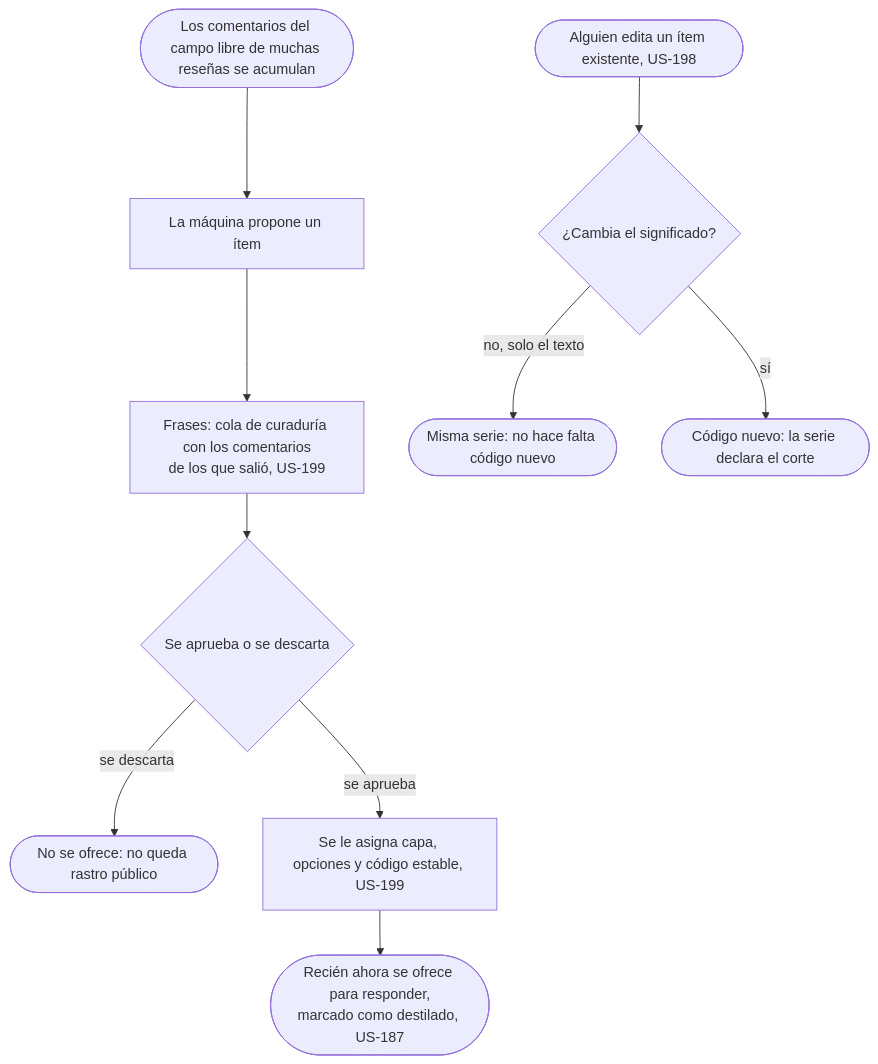
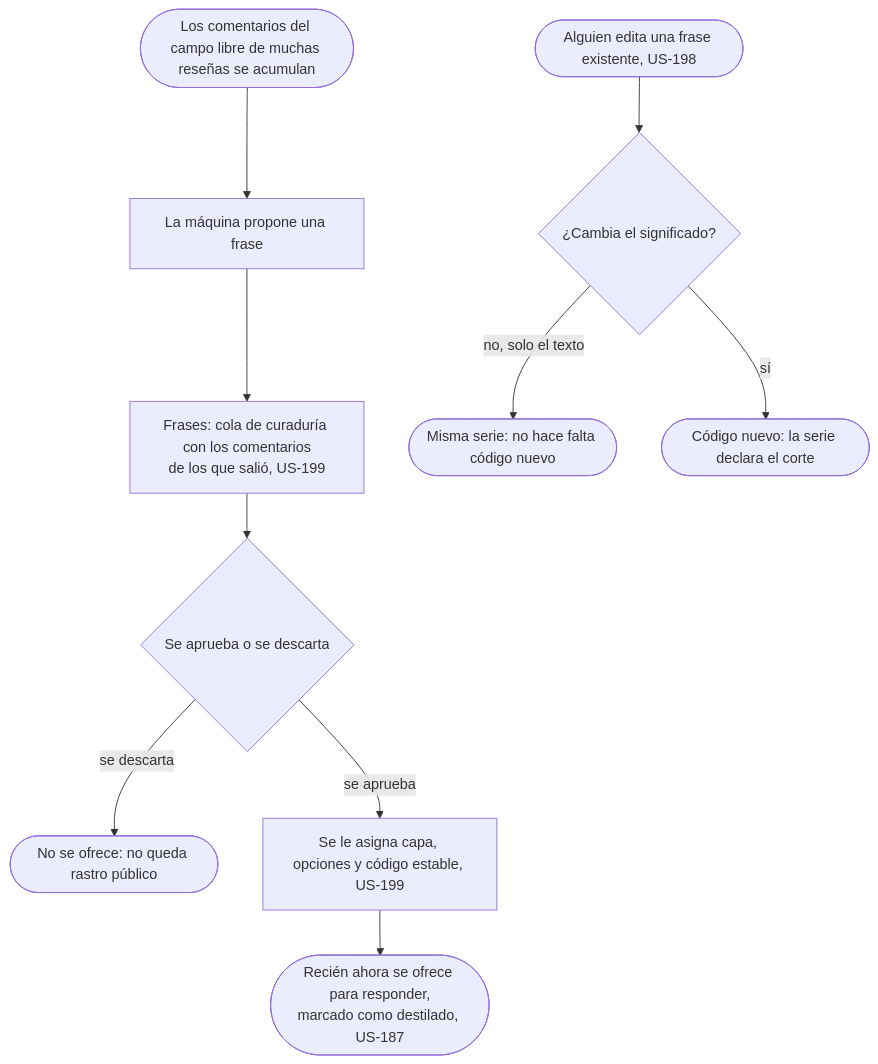
One commit to lucasidev/plan-b changed the third of 5 diagrams in docs/product/team/sustain-the-catalog/flow.md. Above: the diagram before and after it, drawn with Mermaid. The commit also changed other lines of this file and 82 other files, not shown here.

````diff
--- a/docs/product/team/sustain-the-catalog/flow.md
+++ b/docs/product/team/sustain-the-catalog/flow.md
@@ -37,12 +37,12 @@
 ```mermaid
 flowchart TD
-  A([Los comentarios del campo libre de muchas reseñas se acumulan]) --> B[La máquina propone un ítem]
+  A([Los comentarios del campo libre de muchas reseñas se acumulan]) --> B[La máquina propone una frase]
   B --> C[Frases: cola de curaduría con los comentarios<br/>de los que salió, US-199]
   C --> D{Se aprueba o se descarta}
   D -->|se descarta| E([No se ofrece: no queda rastro público])
   D -->|se aprueba| F[Se le asigna capa, opciones y código estable, US-199]
   F --> G([Recién ahora se ofrece para responder,<br/>marcado como destilado, US-187])
-  H([Alguien edita un ítem existente, US-198]) --> I{¿Cambia el significado?}
+  H([Alguien edita una frase existente, US-198]) --> I{¿Cambia el significado?}
   I -->|no, solo el texto| J([Misma serie: no hace falta código nuevo])
   I -->|sí| K([Código nuevo: la serie declara el corte])
 ```
````
